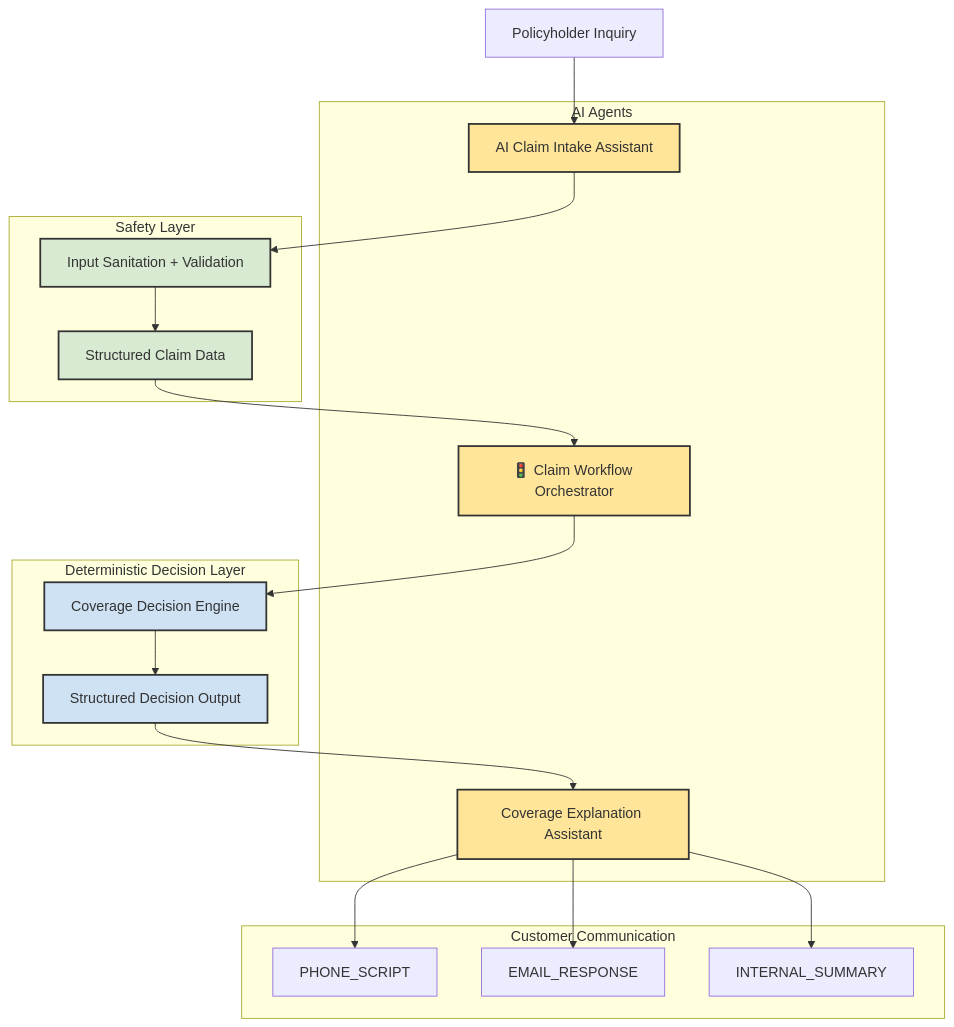
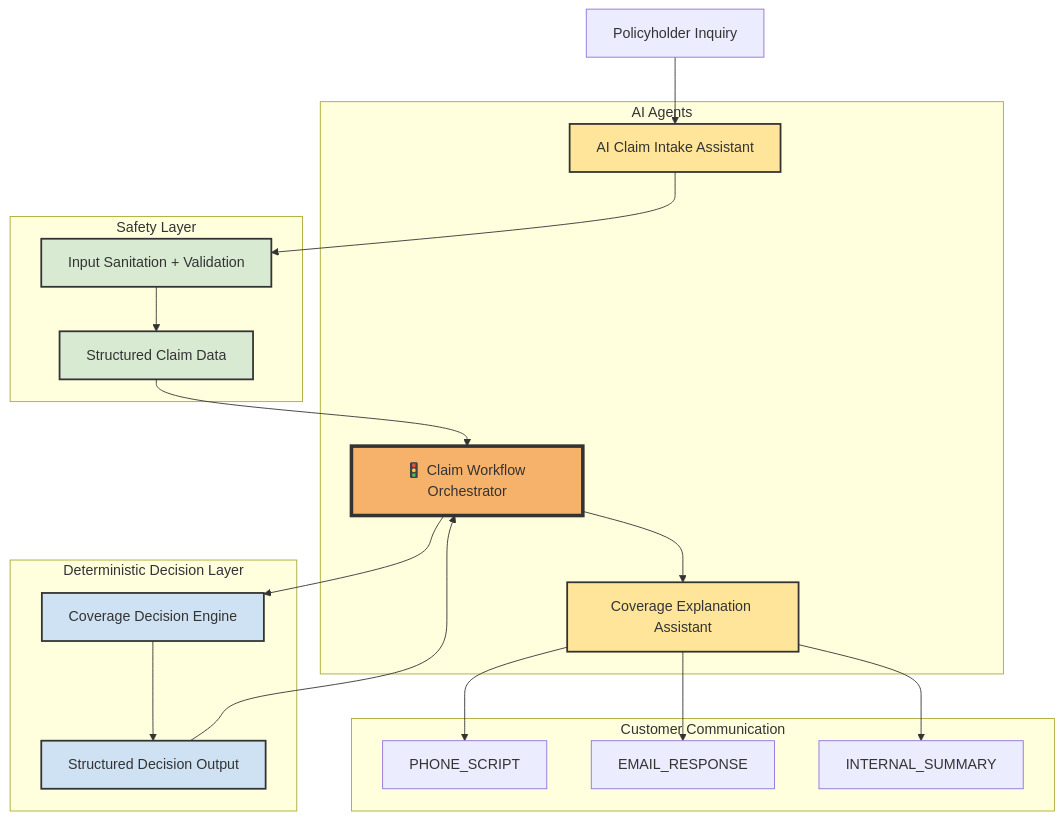
The diagram in README.md (badenaaron-oss/ai-claim-workflow-orchestrator), drawn with Mermaid before and after one commit. The commit also changed other lines of this file, not shown here.

````diff
--- a/README.md
+++ b/README.md
@@ -13,48 +13,55 @@
 ```mermaid
 flowchart TD
 
 A[Policyholder Inquiry]
 
 subgraph AI Agents
 B[AI Claim Intake Assistant]
-C[🚦 Claim Workflow Orchestrator]
-D[Coverage Explanation Assistant]
+E[🚦 Claim Workflow Orchestrator]
+F[Coverage Explanation Assistant]
 end
 
 subgraph Safety Layer
-E[Input Sanitation + Validation]
-F[Structured Claim Data]
+C[Input Sanitation + Validation]
+D[Structured Claim Data]
 end
 
 subgraph Deterministic Decision Layer
 G[Coverage Decision Engine]
 H[Structured Decision Output]
 end
 
 subgraph Customer Communication
 I[PHONE_SCRIPT]
 J[EMAIL_RESPONSE]
 K[INTERNAL_SUMMARY]
 end
 
 A --> B
-B --> E
+B --> C
+C --> D
+D --> E
+
+E --> G
+G --> H
+
+H --> E
+
 E --> F
-F --> C
-C --> G
-G --> H
-H --> D
-D --> I
-D --> J
-D --> K
+
+F --> I
+F --> J
+F --> K
 
 %% styling
 
 classDef ai fill:#ffe599,stroke:#333,stroke-width:2px
+classDef orchestrator fill:#f6b26b,stroke:#333,stroke-width:4px
 classDef safety fill:#d9ead3,stroke:#333,stroke-width:2px
 classDef decision fill:#cfe2f3,stroke:#333,stroke-width:2px
 
-class B,C,D ai
-class E,F safety
+class B,F ai
+class E orchestrator
+class C,D safety
 class G,H decision
 ```
````
